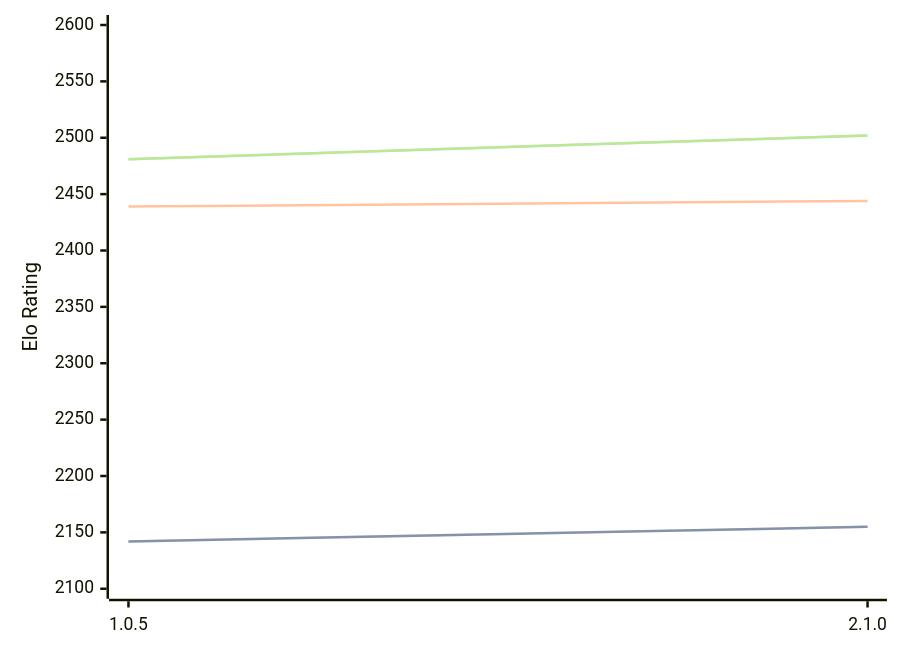
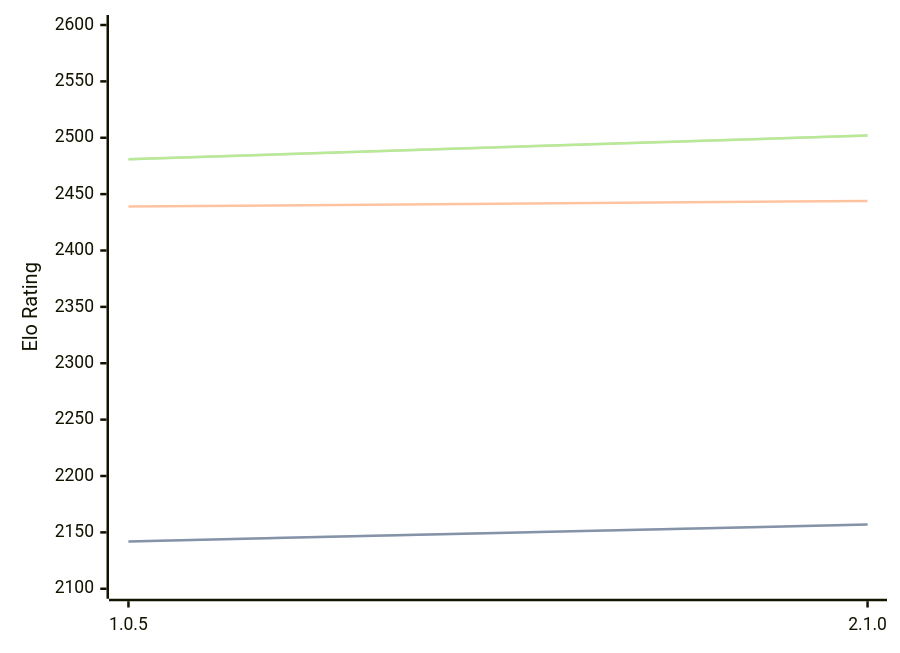
Before and after one commit to computer-chess-index/cci: the diagram in engines/Ruffian.md, drawn with Mermaid. The commit also changed other lines of this file, not shown here.

````diff
--- a/engines/Ruffian.md
+++ b/engines/Ruffian.md
@@ -32,11 +32,11 @@
 ```mermaid
 %%{init: {"theme":"base","themeVariables":{"seriesColors:['#a3a3a3','#222221','#faa371']}}}%%
 xychart-beta
   x-axis ["1.0.5", "2.1.0"]
   y-axis "Elo Rating" 2100 --> 2600
-  line "" [2142, 2155]
-  line "STC (8.0+0.08s)" [2142, 2155]
+  line "" [2142, 2157]
+  line "STC (8.0+0.08s)" [2142, 2157]
   line "LTC (60.0+0.60s)" [2439, 2444]
   line "" [2481, 2502]
   line "VLTC (2m24s+1.12s)" [2481, 2502]
 ```
````
